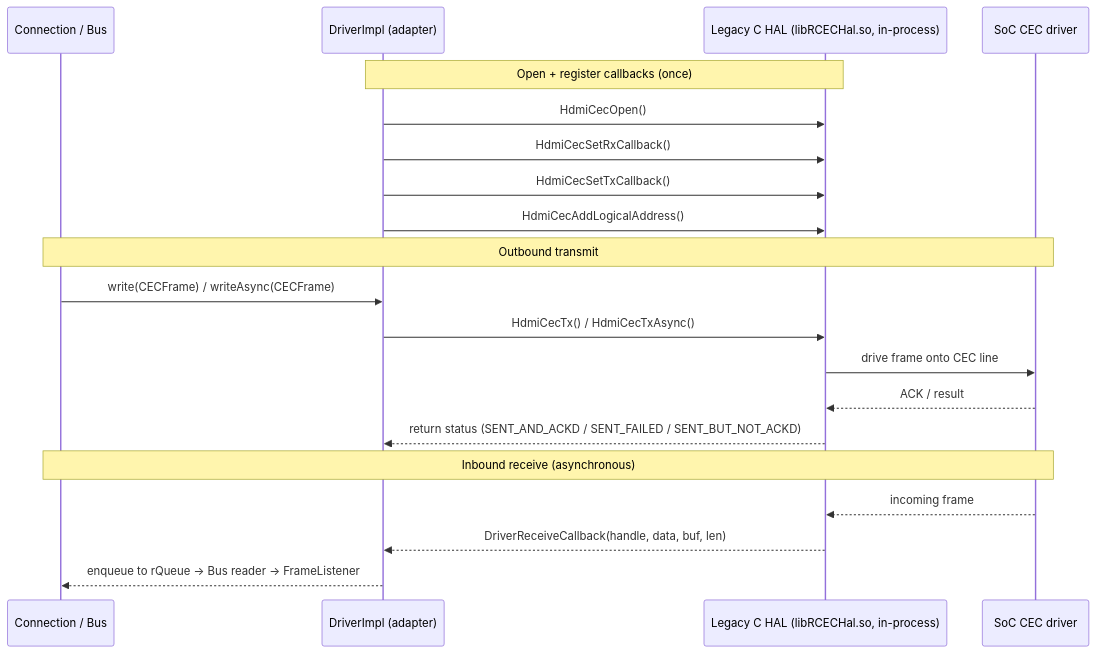
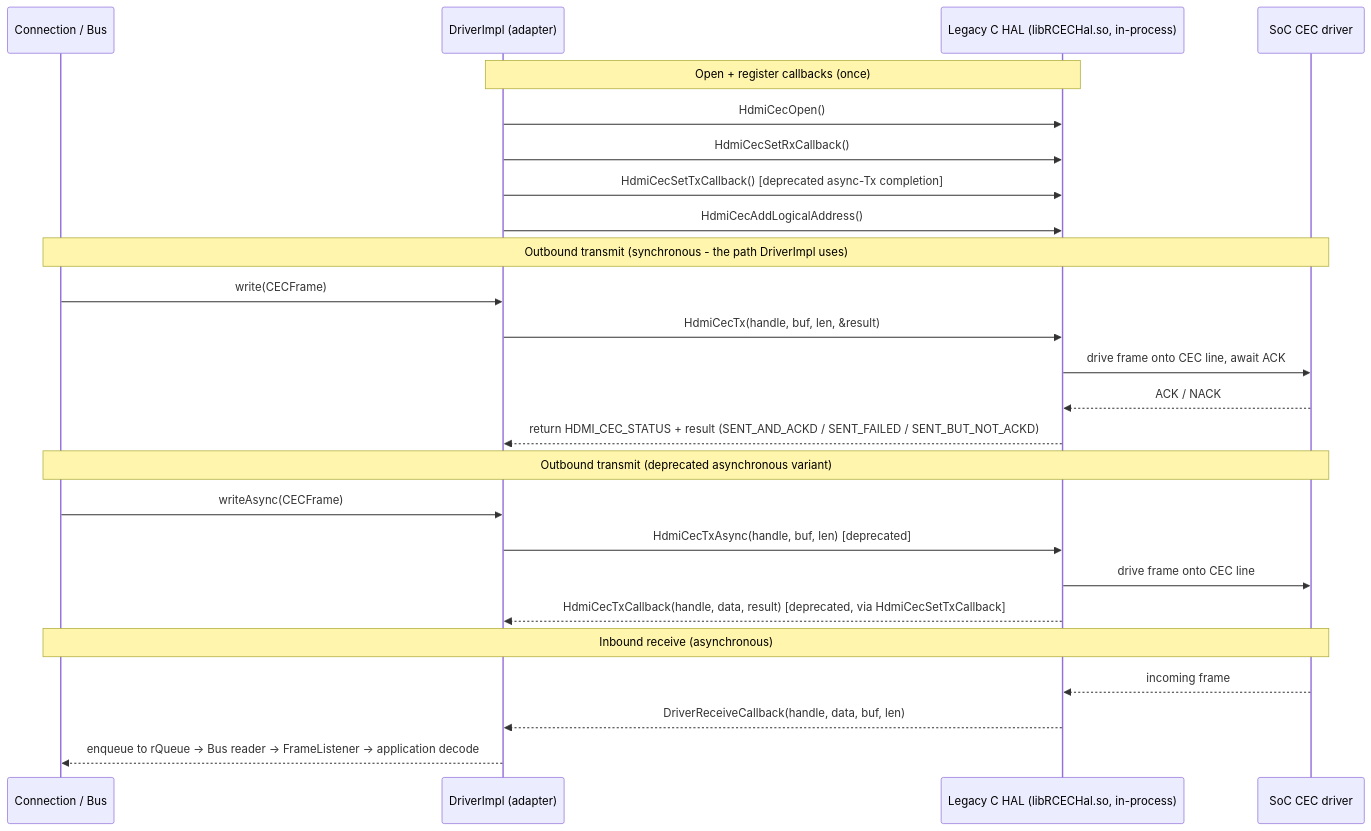
The second of 3 diagrams in README.md (Blitzy-Sky/hdmicec), drawn with Mermaid before and after one commit. The commit also changed other lines of this file and 37 other files, not shown here.

````diff
--- a/README.md
+++ b/README.md
@@ -261,25 +291,31 @@
 ```mermaid
 sequenceDiagram
     participant Conn as Connection / Bus
     participant Impl as DriverImpl (adapter)
     participant HAL as Legacy C HAL (libRCECHal.so, in-process)
     participant SoC as SoC CEC driver
 
     Note over Impl,HAL: Open + register callbacks (once)
     Impl->>HAL: HdmiCecOpen()
     Impl->>HAL: HdmiCecSetRxCallback()
-    Impl->>HAL: HdmiCecSetTxCallback()
+    Impl->>HAL: HdmiCecSetTxCallback() [deprecated async-Tx completion]
     Impl->>HAL: HdmiCecAddLogicalAddress()
 
-    Note over Conn,SoC: Outbound transmit
-    Conn->>Impl: write(CECFrame) / writeAsync(CECFrame)
-    Impl->>HAL: HdmiCecTx() / HdmiCecTxAsync()
+    Note over Conn,SoC: Outbound transmit (synchronous - the path DriverImpl uses)
+    Conn->>Impl: write(CECFrame)
+    Impl->>HAL: HdmiCecTx(handle, buf, len, &result)
+    HAL->>SoC: drive frame onto CEC line, await ACK
+    SoC-->>HAL: ACK / NACK
+    HAL-->>Impl: return HDMI_CEC_STATUS + result (SENT_AND_ACKD / SENT_FAILED / SENT_BUT_NOT_ACKD)
+
+    Note over Conn,SoC: Outbound transmit (deprecated asynchronous variant)
+    Conn->>Impl: writeAsync(CECFrame)
+    Impl->>HAL: HdmiCecTxAsync(handle, buf, len) [deprecated]
     HAL->>SoC: drive frame onto CEC line
-    SoC-->>HAL: ACK / result
-    HAL-->>Impl: return status (SENT_AND_ACKD / SENT_FAILED / SENT_BUT_NOT_ACKD)
+    HAL-->>Impl: HdmiCecTxCallback(handle, data, result) [deprecated, via HdmiCecSetTxCallback]
 
     Note over SoC,Conn: Inbound receive (asynchronous)
     SoC-->>HAL: incoming frame
     HAL-->>Impl: DriverReceiveCallback(handle, data, buf, len)
-    Impl-->>Conn: enqueue to rQueue -> Bus reader -> FrameListener
+    Impl-->>Conn: enqueue to rQueue -> Bus reader -> FrameListener -> application decode
 ```
````
